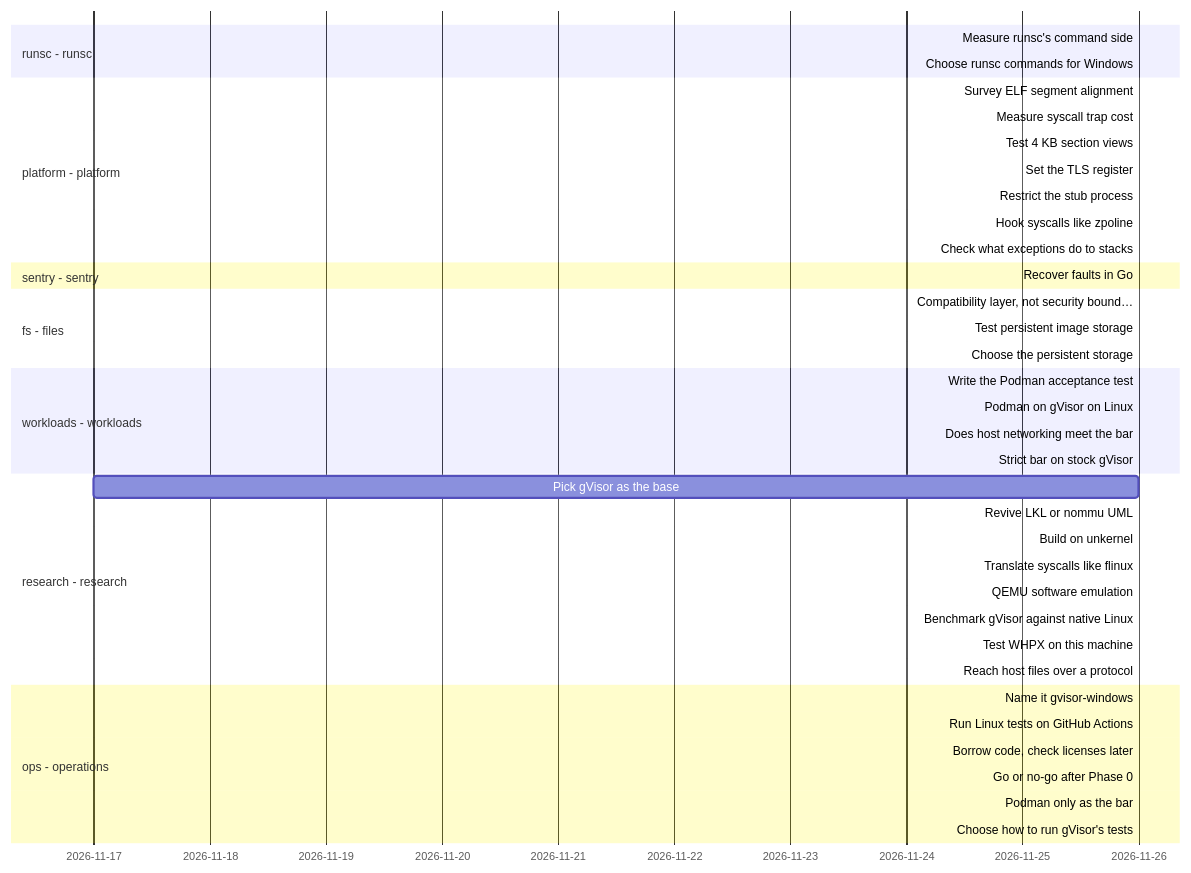
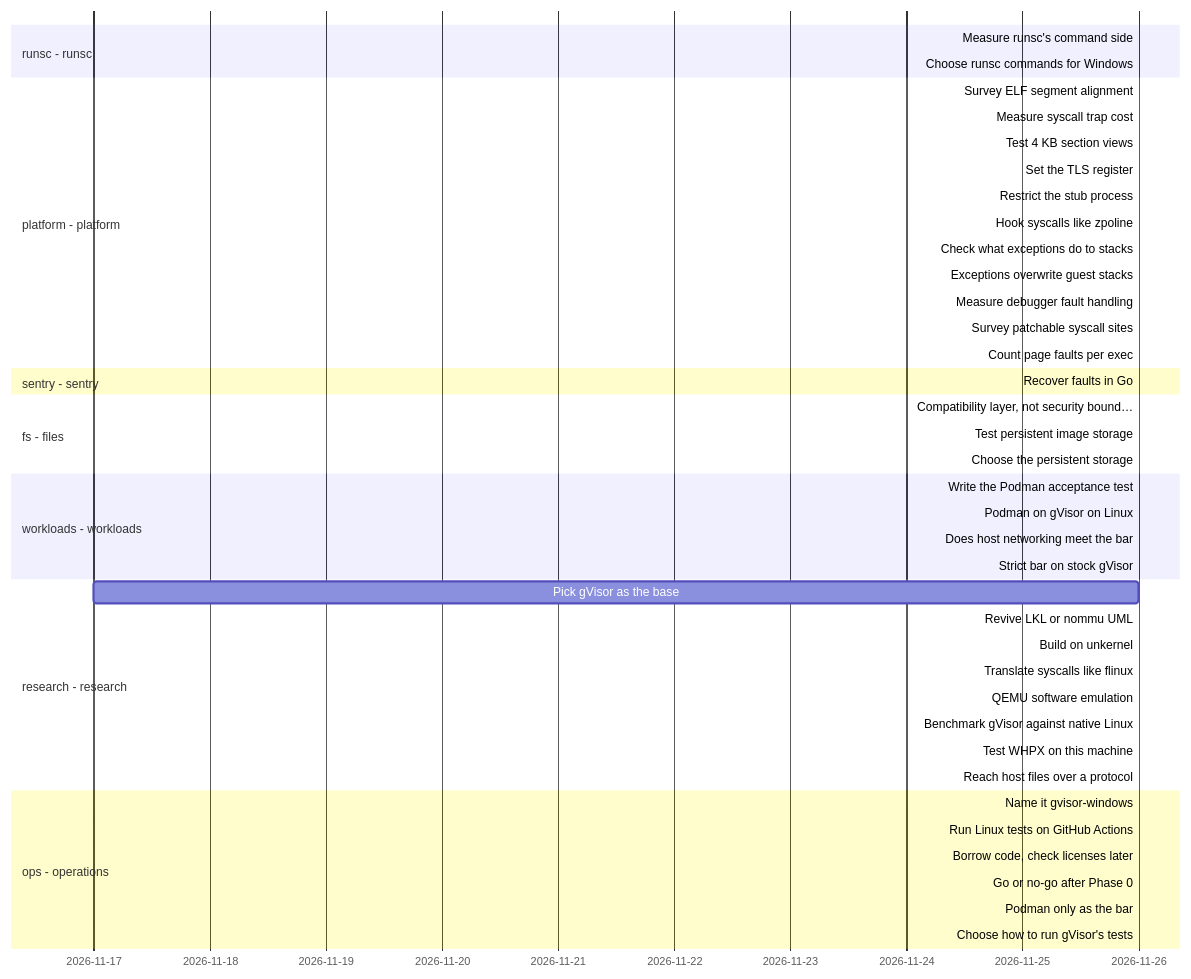
Before and after one commit to lhns/gvisor-windows: the diagram in docs/roadmap/timeline.md, drawn with Mermaid. The commit also changed 6 other files, not shown here.

First line of the commit message:
Route guest faults through the debugger and patch syscalls (ADR 0010)

````diff
--- a/docs/roadmap/timeline.md
+++ b/docs/roadmap/timeline.md
@@ -10,43 +10,47 @@
 ```mermaid
 gantt
     dateFormat YYYY-MM-DD
     axisFormat %Y-%m-%d
     section runsc - runsc
     Measure runsc's command side :runsc_measure_cli, 2026-11-26, 2026-11-26
     Choose runsc commands for Windows :runsc_windows_commands, 2026-11-26, 2026-11-26
     section platform - platform
     Survey ELF segment alignment :platform_elf_alignment_survey, 2026-11-26, 2026-11-26
     Measure syscall trap cost :platform_trap_cost, 2026-11-26, 2026-11-26
     Test 4 KB section views :platform_4k_section_views, 2026-11-26, 2026-11-26
     Set the TLS register :platform_tls_register, 2026-11-26, 2026-11-26
     Restrict the stub process :platform_restricted_stub, 2026-11-26, 2026-11-26
     Hook syscalls like zpoline :crit, platform_zpoline_hooks, 2026-11-26, 2026-11-26
-    Check what exceptions do to stacks :active, platform_exception_stack, 2026-11-26, 2026-11-26
+    Check what exceptions do to stacks :platform_exception_stack, 2026-11-26, 2026-11-26
+    Exceptions overwrite guest stacks :platform_veh_on_guest_stack_unsafe, 2026-11-26, 2026-11-26
+    Measure debugger fault handling :active, platform_debug_event_cost, 2026-11-26, 2026-11-26
+    Survey patchable syscall sites :active, platform_syscall_site_survey, 2026-11-26, 2026-11-26
+    Count page faults per exec :active, platform_faults_per_exec, 2026-11-26, 2026-11-26
     section sentry - sentry
     Recover faults in Go :sentry_go_fault_recovery, 2026-11-26, 2026-11-26
     section fs - files
     Compatibility layer, not security bound… :fs_compat_layer_not_boundary, 2026-11-26, 2026-11-26
     Test persistent image storage :fs_persistent_image_storage, 2026-11-26, 2026-11-26
     Choose the persistent storage :fs_persistent_storage_choice, 2026-11-26, 2026-11-26
     section workloads - workloads
     Write the Podman acceptance test :workloads_acceptance_test, 2026-11-26, 2026-11-26
     Podman on gVisor on Linux :workloads_podman_on_gvisor_linux, 2026-11-26, 2026-11-26
     Does host networking meet the bar :workloads_bar_host_network, 2026-11-26, 2026-11-26
     Strict bar on stock gVisor :active, workloads_strict_bar_linux, 2026-11-26, 2026-11-26
     section research - research
     Pick gVisor as the base :research_gvisor_base, 2026-11-17, 2026-11-26
     Revive LKL or nommu UML :crit, research_lkl_nommu, 2026-11-26, 2026-11-26
     Build on unkernel :crit, research_unkernel, 2026-11-26, 2026-11-26
     Translate syscalls like flinux :crit, research_flinux_translation, 2026-11-26, 2026-11-26
     QEMU software emulation :crit, research_qemu_emulation, 2026-11-26, 2026-11-26
     Benchmark gVisor against native Linux :research_gvisor_benchmark, 2026-11-26, 2026-11-26
     Test WHPX on this machine :crit, research_whpx_this_machine, 2026-11-26, 2026-11-26
     Reach host files over a protocol :crit, research_file_protocol, 2026-11-26, 2026-11-26
     section ops - operations
     Name it gvisor-windows :ops_name_and_fork, 2026-11-26, 2026-11-26
     Run Linux tests on GitHub Actions :ops_linux_tests_on_actions, 2026-11-26, 2026-11-26
     Borrow code, check licenses later :ops_borrow_code, 2026-11-26, 2026-11-26
     Go or no-go after Phase 0 :ops_phase0_go_no_go, 2026-11-26, 2026-11-26
     Podman only as the bar :ops_podman_only_the_bar, 2026-11-26, 2026-11-26
     Choose how to run gVisor's tests :ops_syscall_test_strategy, 2026-11-26, 2026-11-26
 ```
````
